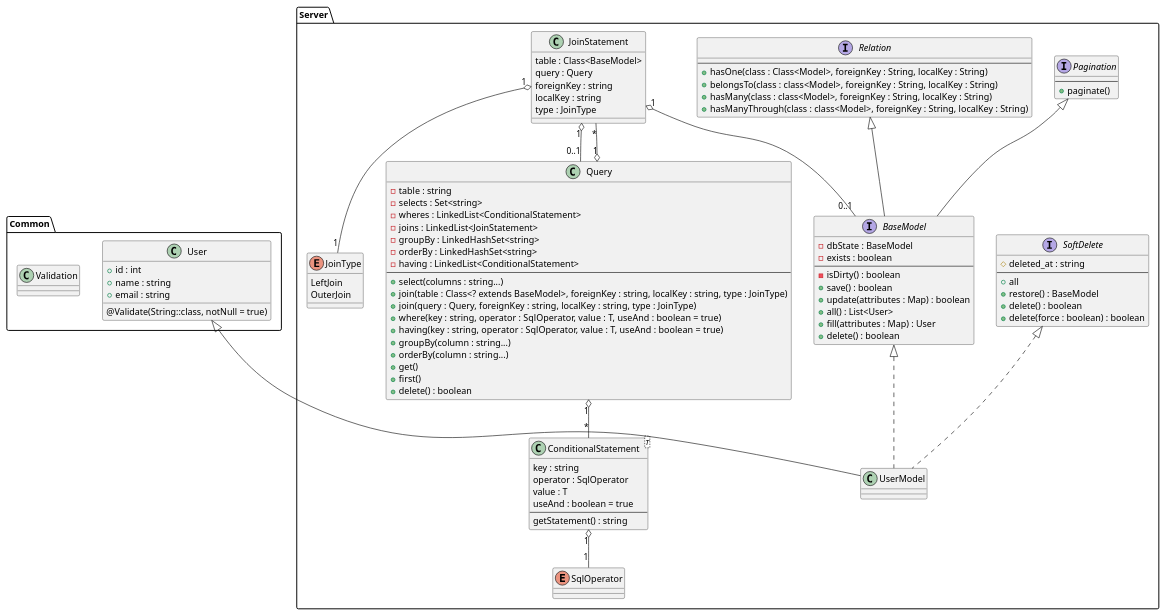
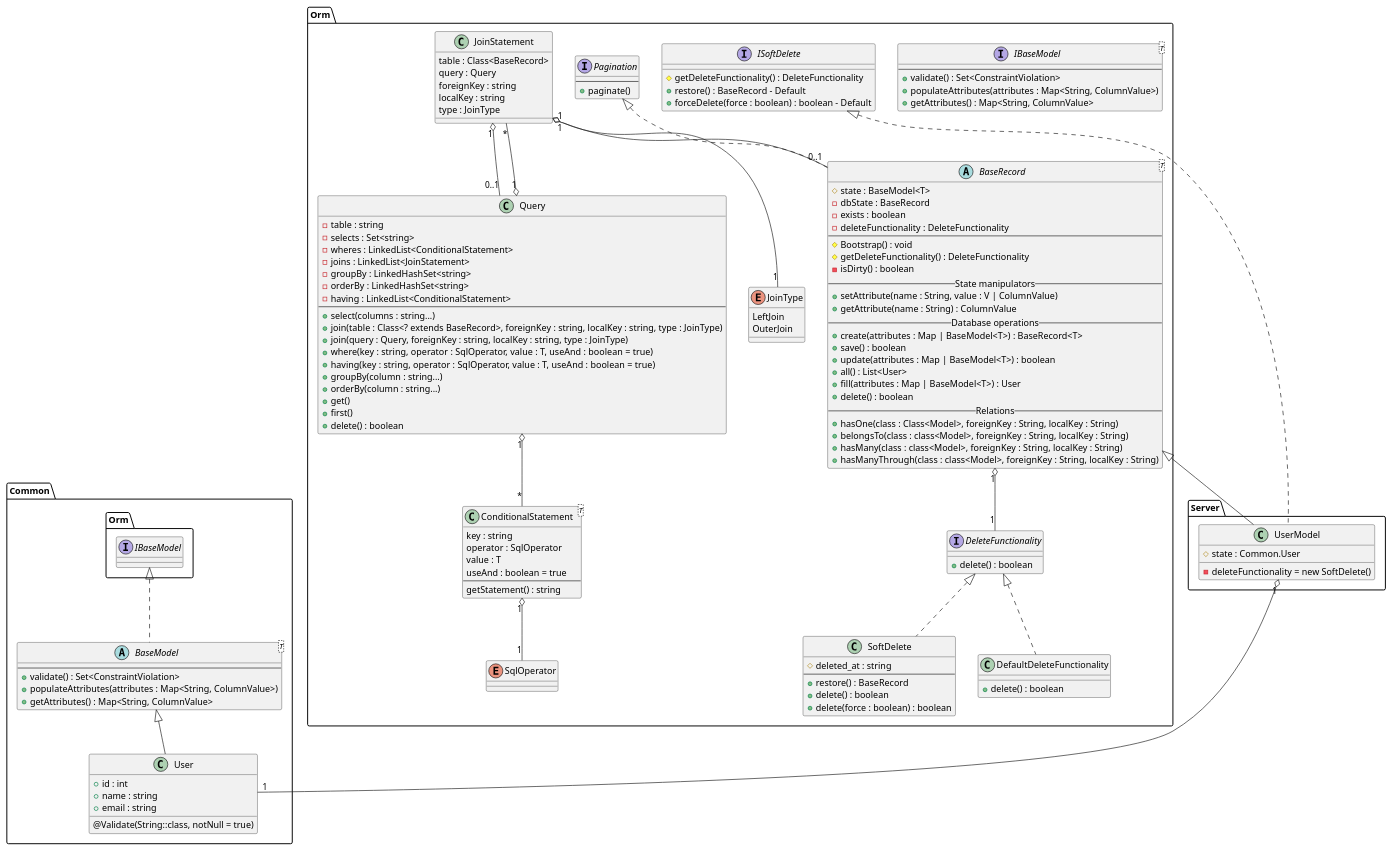
The diagram in orm.puml (asmadsen/pgr200-exam), drawn with PlantUML before and after one commit.

Commit message:
📝 Modified ORM uml diagram

```diff
--- a/orm.puml
+++ b/orm.puml
@@ -1,113 +1,154 @@
 @startuml
 
 namespace Common {
-    class User {
+    class User extends BaseModel {
         +id : int
         +name : string
         @Validate(String::class, notNull = true)
         +email : string
     }
 
-    class Validation {
-
+    abstract class BaseModel<T> implements Orm.IBaseModel {
+        ---
+        +validate() : Set<ConstraintViolation>
+        +populateAttributes(attributes : Map<String, ColumnValue>)
+        +getAttributes() : Map<String, ColumnValue>
     }
 }
 
-namespace Server {
+namespace Orm {
 
-    class UserModel extends Common.User implements BaseModel, SoftDelete {
+    interface IBaseModel<T> {
+        ---
+        +validate() : Set<ConstraintViolation>
+        +populateAttributes(attributes : Map<String, ColumnValue>)
+        +getAttributes() : Map<String, ColumnValue>
     }
 
-    interface BaseModel implements Pagination, Relation {
-        -dbState : BaseModel
+
+    abstract class BaseRecord<T> implements Pagination {
+        #state : BaseModel<T>
+        -dbState : BaseRecord
         -exists : boolean
+        -deleteFunctionality : DeleteFunctionality
         ---
+        #Bootstrap() : void
+        #getDeleteFunctionality() : DeleteFunctionality
         -isDirty() : boolean
+        -- State manipulators --
+        +setAttribute(name : String, value : V | ColumnValue)
+        +getAttribute(name : String) : ColumnValue
+        -- Database operations --
+        +create(attributes : Map | BaseModel<T>) : BaseRecord<T>
         +save() : boolean
-        +update(attributes : Map) : boolean
+        +update(attributes : Map | BaseModel<T>) : boolean
         +all() : List<User>
-        +fill(attributes : Map) : User
+        +fill(attributes : Map | BaseModel<T>) : User
         +delete() : boolean
+        -- Relations --
+        +hasOne(class : Class<Model>, foreignKey : String, localKey : String)
+        +belongsTo(class : class<Model>, foreignKey : String, localKey : String)
+        +hasMany(class : class<Model>, foreignKey : String, localKey : String)
+        +hasManyThrough(class : class<Model>, foreignKey : String, localKey : String)
     }
+
+
 
     interface Pagination {
         ---
         +paginate()
     }
 
-    interface SoftDelete {
+    interface DeleteFunctionality {
+        +delete() : boolean
+    }
+
+    BaseRecord "1" o-- "1" DeleteFunctionality
+
+    class DefaultDeleteFunctionality implements DeleteFunctionality {
+        +delete() : boolean
+    }
+
+    class SoftDelete implements DeleteFunctionality {
         #deleted_at : string
         ---
-        +all
-        +restore() : BaseModel
+        +restore() : BaseRecord
         +delete() : boolean
         +delete(force : boolean) : boolean
     }
 
-    interface Relation {
-        ---
-        +hasOne(class : Class<Model>, foreignKey : String, localKey : String)
-        +belongsTo(class : class<Model>, foreignKey : String, localKey : String)
-        +hasMany(class : class<Model>, foreignKey : String, localKey : String)
-        +hasManyThrough(class : class<Model>, foreignKey : String, localKey : String)
+    interface ISoftDelete {
+        #getDeleteFunctionality() : DeleteFunctionality
+        +restore() : BaseRecord - Default
+        +forceDelete(force : boolean) : boolean - Default
     }
 
     class Query {
         -table : string
         -selects : Set<string>
         -wheres : LinkedList<ConditionalStatement>
         -joins : LinkedList<JoinStatement>
         -groupBy : LinkedHashSet<string>
         -orderBy : LinkedHashSet<string>
         -having : LinkedList<ConditionalStatement>
         ---
         +select(columns : string...)
-        +join(table : Class<? extends BaseModel>, foreignKey : string, localKey : string, type : JoinType)
+        +join(table : Class<? extends BaseRecord>, foreignKey : string, localKey : string, type : JoinType)
         +join(query : Query, foreignKey : string, localKey : string, type : JoinType)
         +where(key : string, operator : SqlOperator, value : T, useAnd : boolean = true)
         +having(key : string, operator : SqlOperator, value : T, useAnd : boolean = true)
         +groupBy(column : string...)
         +orderBy(column : string...)
         +get()
         +first()
         +delete() : boolean
     }
 
     Query "1" o-- "*" ConditionalStatement
     Query "1" o-- "*" JoinStatement
 
     class ConditionalStatement<T> {
         key : string
         operator : SqlOperator
         value : T
         useAnd : boolean = true
         ---
         getStatement() : string
     }
 
     ConditionalStatement "1" o-- "1" SqlOperator
 
     class JoinStatement {
-        table : Class<BaseModel>
+        table : Class<BaseRecord>
         query : Query
         foreignKey : string
         localKey : string
         type : JoinType
-    }
-
-    JoinStatement "1" o-- "1" JoinType
-    JoinStatement "1" o-- "0..1" Query
-    JoinStatement "1" o-- "0..1" BaseModel
-
-    enum SqlOperator {
-
     }
 
     enum JoinType {
         LeftJoin
         OuterJoin
     }
 
+    JoinStatement "1" o-- "1" JoinType
+    JoinStatement "1" o-- "0..1" Query
+    JoinStatement "1" o-- "0..1" BaseRecord
+
+    enum SqlOperator {
+
+    }
+
+
+}
+
+namespace Server {
+    class UserModel extends Orm.BaseRecord implements Orm.ISoftDelete {
+        #state : Common.User
+        -deleteFunctionality = new SoftDelete()
+    }
+
+    UserModel "1" o--- "1" Common.User
 }
 
 @enduml
```
